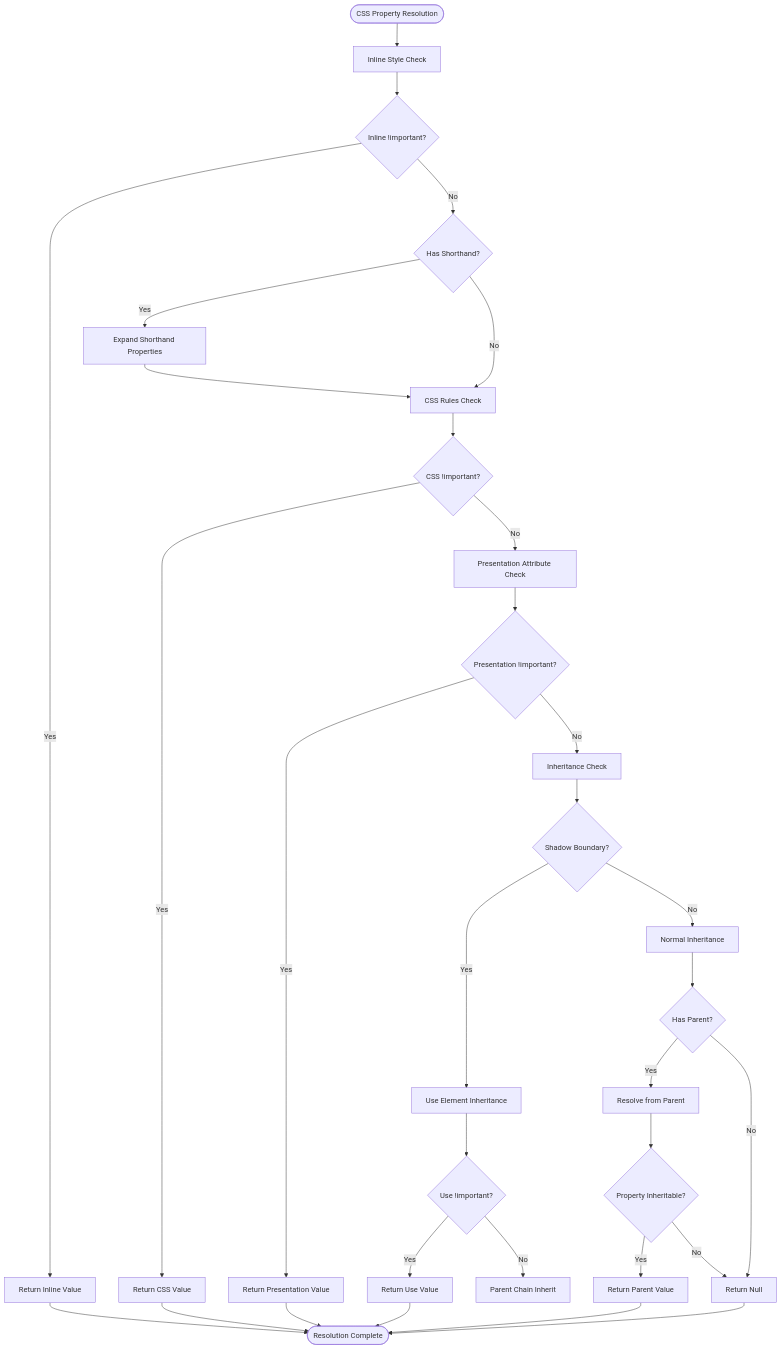
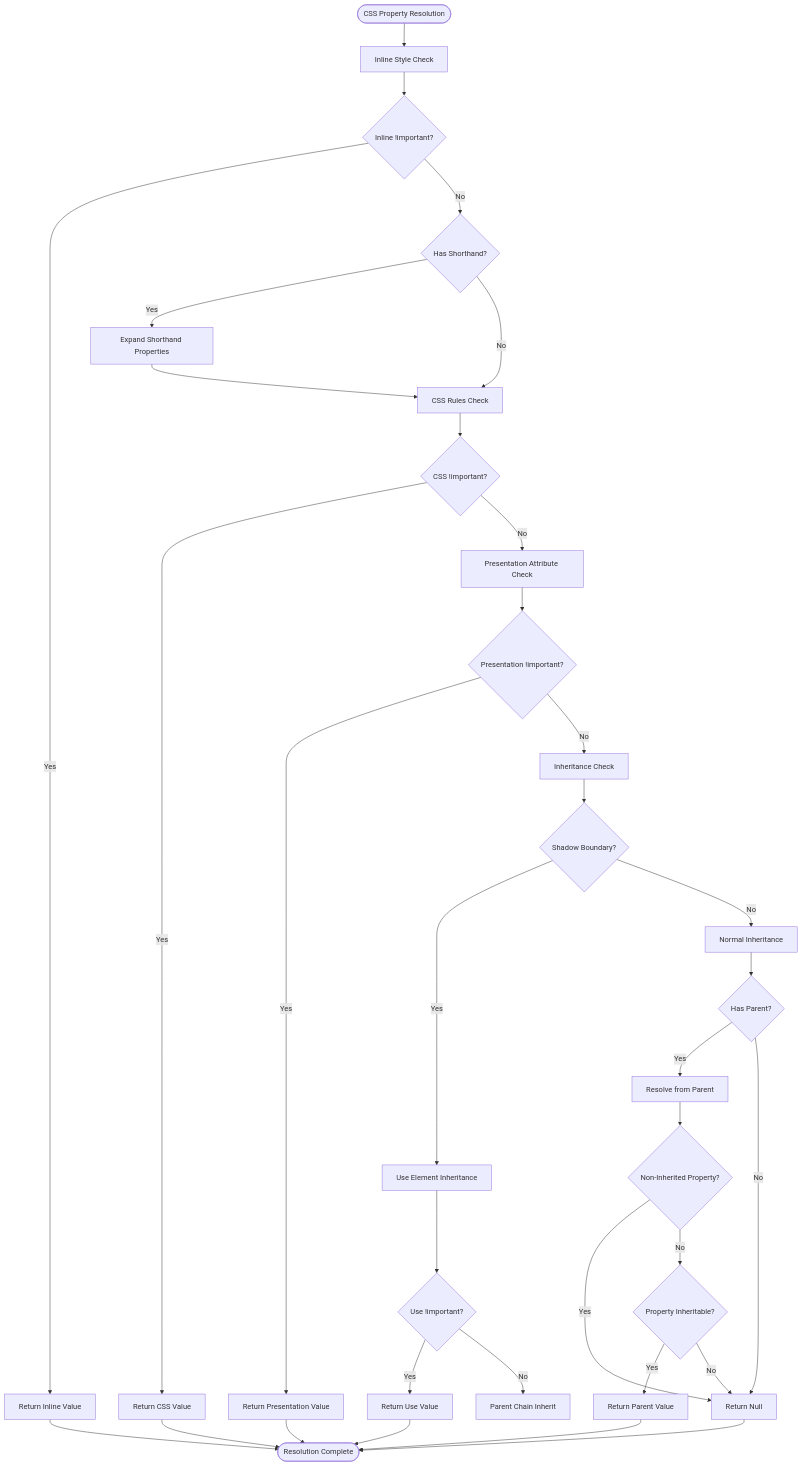
One commit to denisnadey/flutter_full_svg_support changed the second of 8 diagrams in .qoder/repowiki/en/content/Animated SVG Support/Advanced Animation Features/Enhanced CSS Variables and Calculations/CSS Cascade System.md. Above: the diagram before and after it, drawn with Mermaid. The commit also changed other lines of this file and 629 other files, not shown here.

First line of the commit message:
feat(css-cascade): enhance non-inherited property handling and shadow DOM support

````diff
--- a/.qoder/repowiki/en/content/Animated SVG Support/Advanced Animation Features/Enhanced CSS Variables and Calculations/CSS Cascade System.md
+++ b/.qoder/repowiki/en/content/Animated SVG Support/Advanced Animation Features/Enhanced CSS Variables and Calculations/CSS Cascade System.md
@@ -160,34 +164,36 @@
 ```mermaid
 flowchart TD
 Start([CSS Property Resolution]) --> Inline[Inline Style Check]
 Inline --> InlineImportant{Inline !important?}
 InlineImportant --> |Yes| ReturnInline[Return Inline Value]
 InlineImportant --> |No| ShorthandCheck{Has Shorthand?}
 ShorthandCheck --> |Yes| ExpandShorthand[Expand Shorthand Properties]
 ShorthandCheck --> |No| CSSRules[CSS Rules Check]
 ExpandShorthand --> CSSRules
 CSSRules --> CSSImportant{CSS !important?}
 CSSImportant --> |Yes| ReturnCSS[Return CSS Value]
 CSSImportant --> |No| Presentation[Presentation Attribute Check]
 Presentation --> PresentImportant{Presentation !important?}
 PresentImportant --> |Yes| ReturnPresent[Return Presentation Value]
 PresentImportant --> |No| Inheritance[Inheritance Check]
 Inheritance --> ShadowBoundary{Shadow Boundary?}
 ShadowBoundary --> |Yes| UseInheritance[Use Element Inheritance]
 ShadowBoundary --> |No| NormalInheritance[Normal Inheritance]
 UseInheritance --> UseImportant{Use !important?}
 UseImportant --> |Yes| ReturnUse[Return Use Value]
 UseImportant --> |No| ParentInherit[Parent Chain Inherit]
 NormalInheritance --> HasParent{Has Parent?}
 HasParent --> |Yes| ParentResolve[Resolve from Parent]
 HasParent --> |No| NoValue[Return Null]
-ParentResolve --> InheritCheck{Property Inheritable?}
+ParentResolve --> NonInheritedCheck{Non-Inherited Property?}
+NonInheritedCheck --> |Yes| NoValue
+NonInheritedCheck --> |No| InheritCheck{Property Inheritable?}
 InheritCheck --> |Yes| ReturnParent[Return Parent Value]
 InheritCheck --> |No| NoValue
 ReturnInline --> End([Resolution Complete])
 ReturnCSS --> End
 ReturnPresent --> End
 ReturnUse --> End
 ReturnParent --> End
 NoValue --> End
 ```
````
